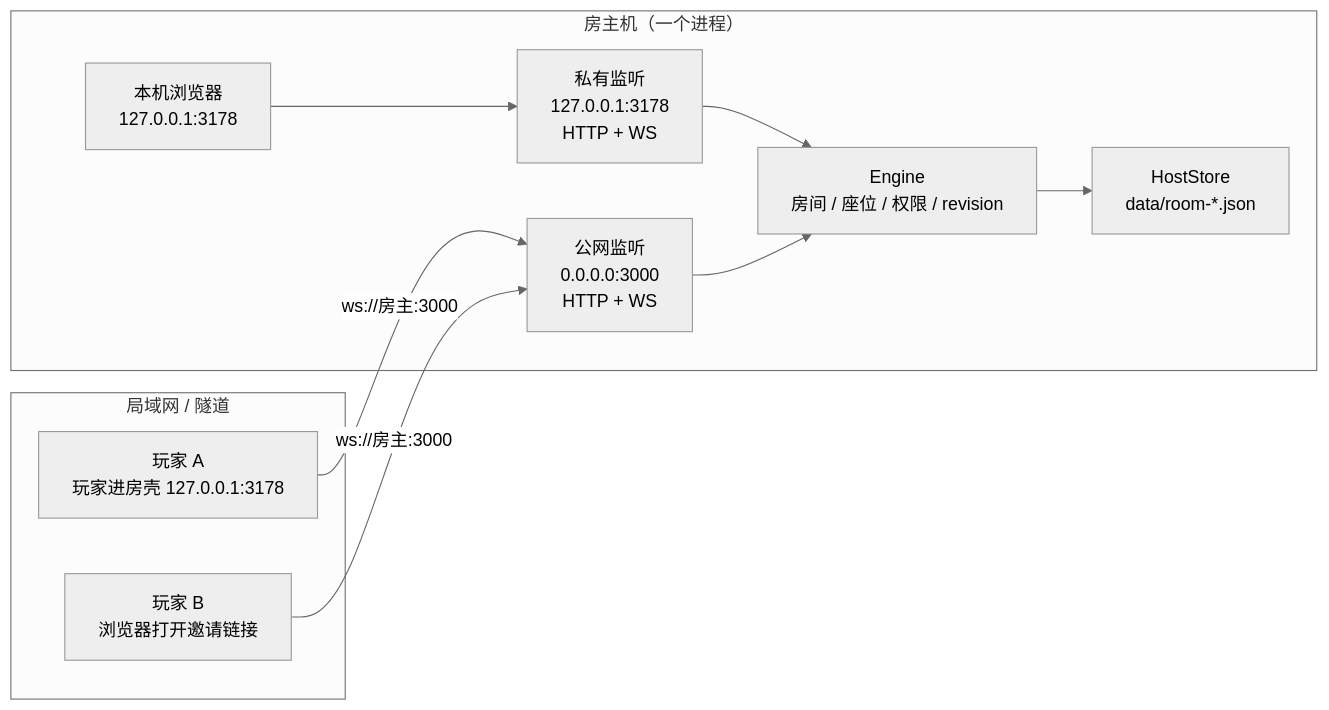
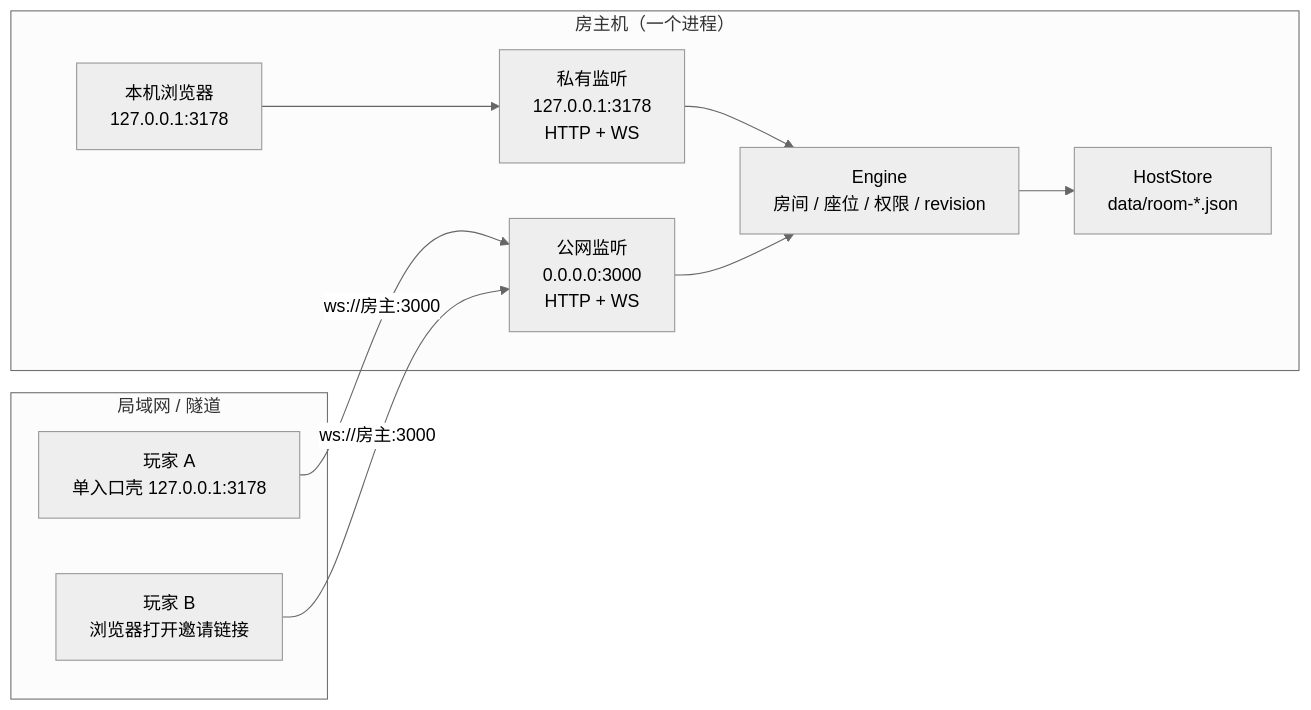
Before and after one commit to Lizardon386/3178-battle-platform: the first of 6 diagrams in DESIGN.md, drawn with Mermaid (neutral theme). The commit also changed other lines of this file and 11 other files, not shown here.

````diff
--- a/DESIGN.md
+++ b/DESIGN.md
@@ -142,19 +144,19 @@
 ```mermaid
 flowchart LR
   subgraph HOST["房主机（一个进程）"]
     UI["本机浏览器<br/>127.0.0.1:3178"]
     PRIVATE["私有监听<br/>127.0.0.1:3178<br/>HTTP + WS"]
     PUBLIC["公网监听<br/>0.0.0.0:3000<br/>HTTP + WS"]
     ENGINE["Engine<br/>房间 / 座位 / 权限 / revision"]
     STORE["HostStore<br/>data/room-*.json"]
     UI --> PRIVATE --> ENGINE
     PUBLIC --> ENGINE
     ENGINE --> STORE
   end
   subgraph GUESTS["局域网 / 隧道"]
-    G1["玩家 A<br/>玩家进房壳 127.0.0.1:3178"]
+    G1["玩家 A<br/>单入口壳 127.0.0.1:3178"]
     G2["玩家 B<br/>浏览器打开邀请链接"]
   end
   G1 -- "ws://房主:3000" --> PUBLIC
   G2 -- "ws://房主:3000" --> PUBLIC
 ```
````
